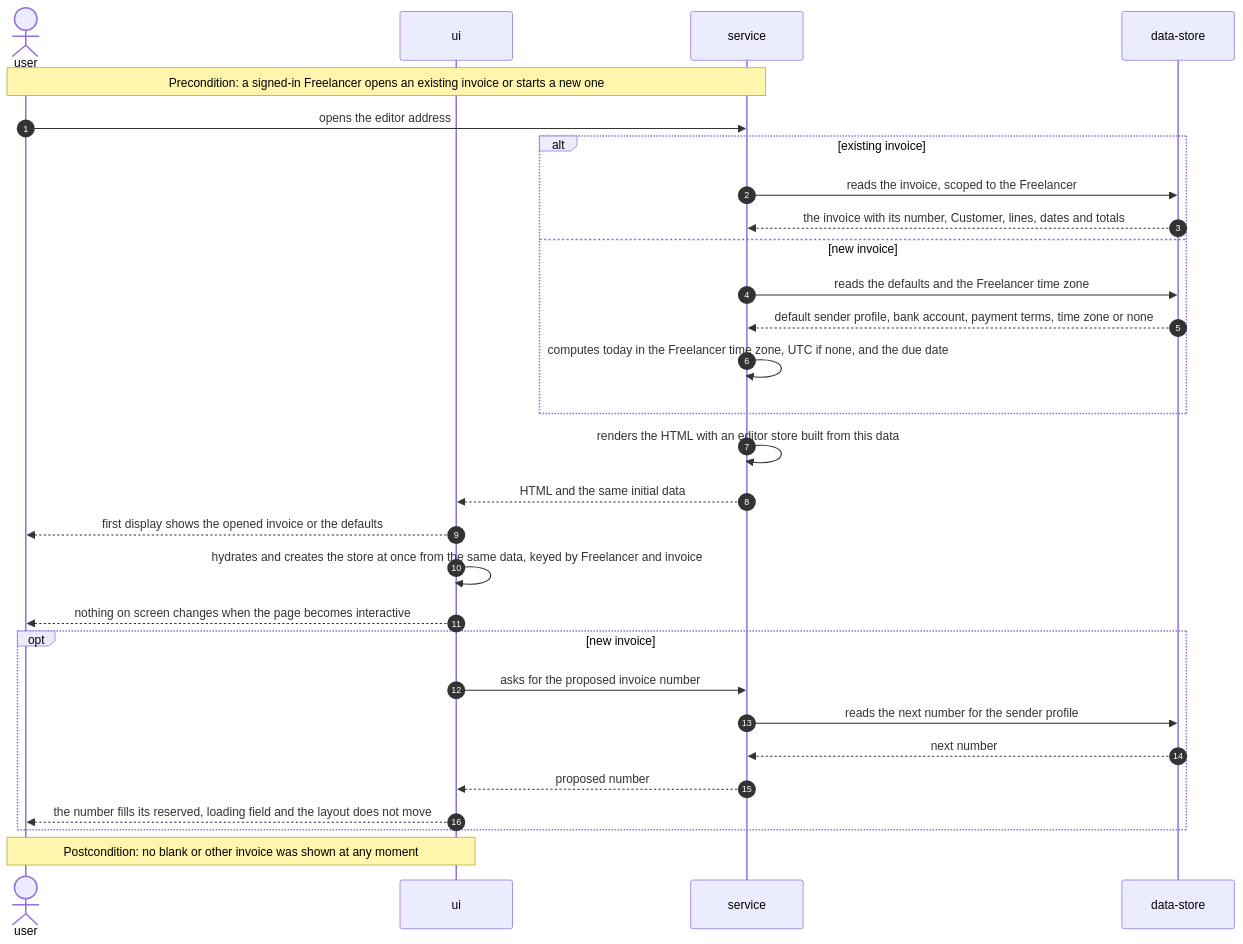
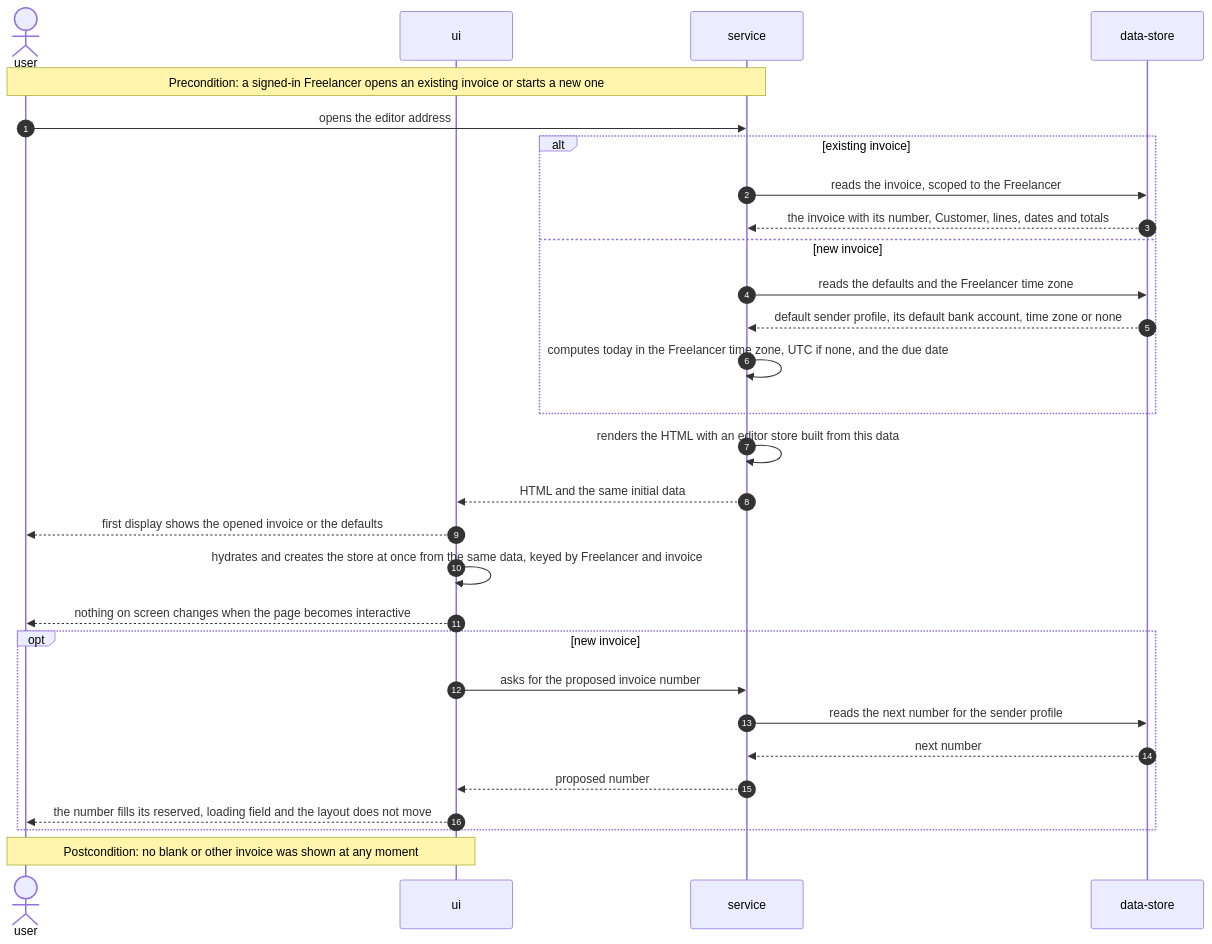
Before and after one commit to GopkoDev/invoiceForge: the seventh of 12 diagrams in docs/features/editor-ux/sad.md, drawn with Mermaid. The commit also changed other lines of this file and 2 other files, not shown here.

First line of the commit message:
docs(editor-ux): name the editor pages' session-actor lookup and the saved-zone failure log in the SAD, drop payment terms from the new-invoice defaults, and give the T53 log's real percentage gap

````diff
--- a/docs/features/editor-ux/sad.md
+++ b/docs/features/editor-ux/sad.md
@@ -358,32 +358,32 @@
 ```mermaid
 sequenceDiagram
     autonumber
     actor U as user
     participant UI as ui
     participant S as service
     participant D as data-store
 
     Note over U,S: Precondition: a signed-in Freelancer opens an existing invoice or starts a new one
     U->>S: opens the editor address
     alt existing invoice
         S->>D: reads the invoice, scoped to the Freelancer
         D-->>S: the invoice with its number, Customer, lines, dates and totals
     else new invoice
         S->>D: reads the defaults and the Freelancer time zone
-        D-->>S: default sender profile, bank account, payment terms, time zone or none
+        D-->>S: default sender profile, its default bank account, time zone or none
         S->>S: computes today in the Freelancer time zone, UTC if none, and the due date
     end
     S->>S: renders the HTML with an editor store built from this data
     S-->>UI: HTML and the same initial data
     UI-->>U: first display shows the opened invoice or the defaults
     UI->>UI: hydrates and creates the store at once from the same data, keyed by Freelancer and invoice
     UI-->>U: nothing on screen changes when the page becomes interactive
     opt new invoice
         UI->>S: asks for the proposed invoice number
         S->>D: reads the next number for the sender profile
         D-->>S: next number
         S-->>UI: proposed number
         UI-->>U: the number fills its reserved, loading field and the layout does not move
     end
     Note over U,UI: Postcondition: no blank or other invoice was shown at any moment
 ```
````
